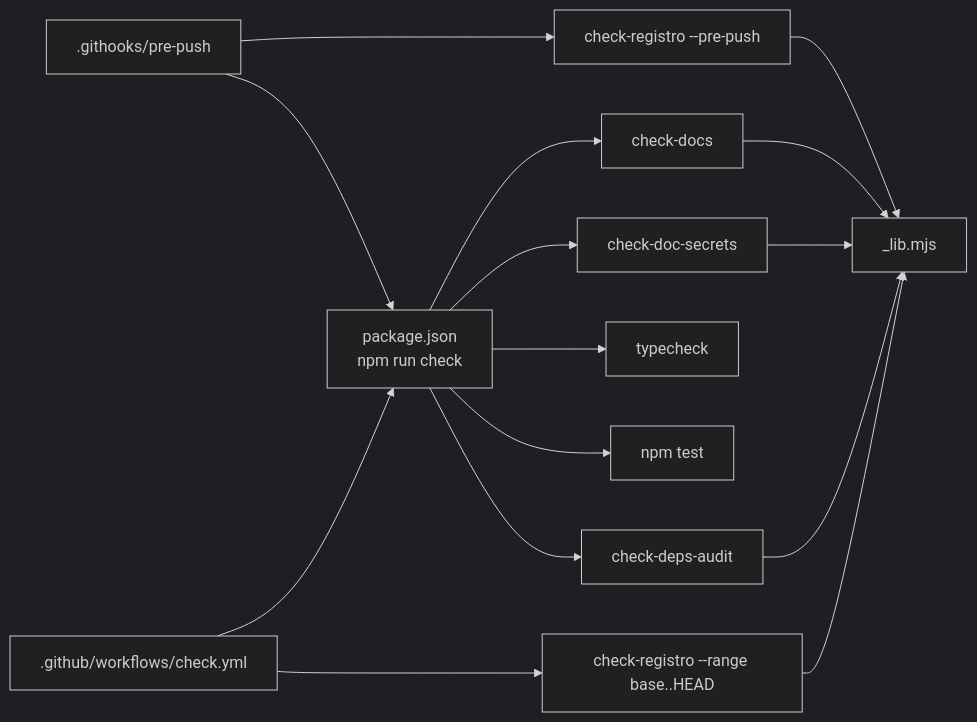
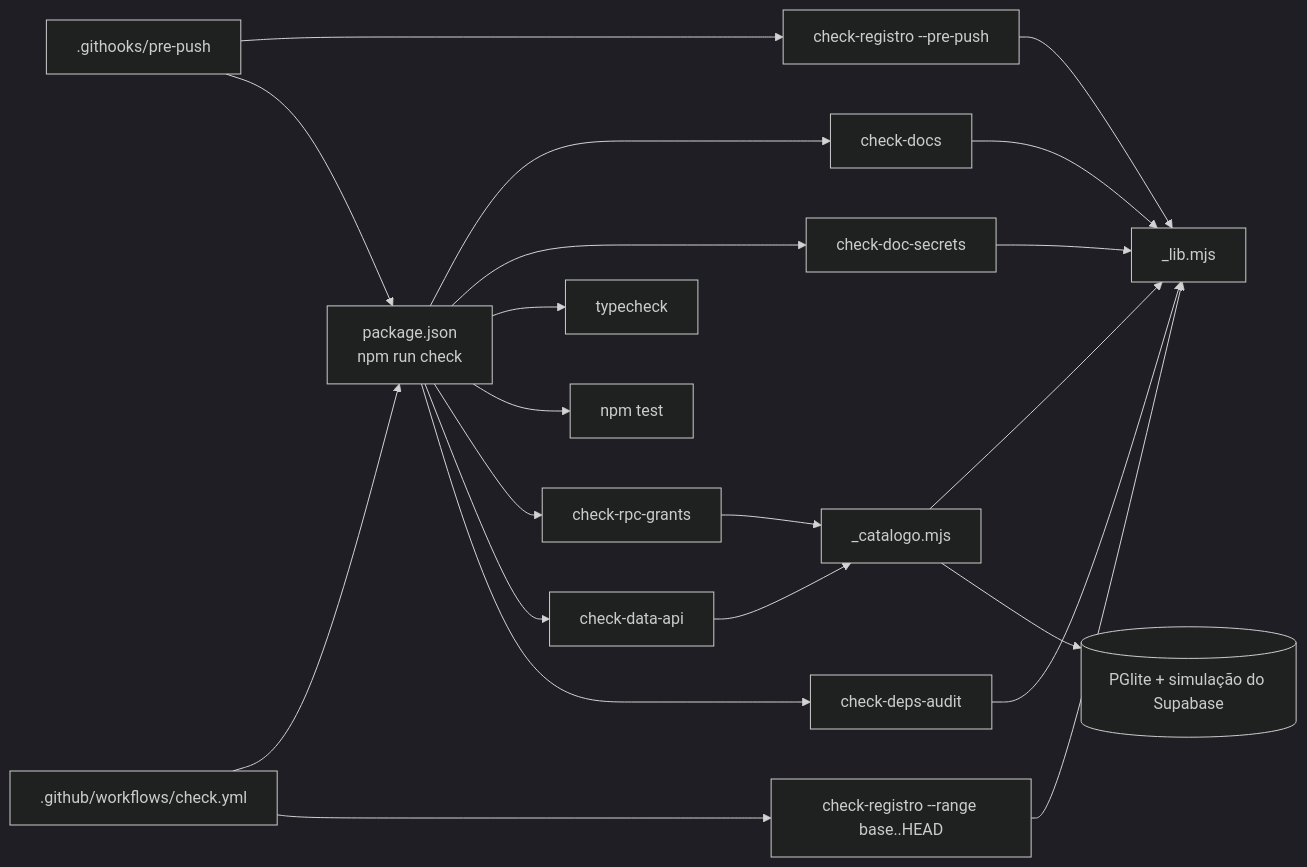
The diagram in scripts/README.md (TokumoH/RevocastCameras), drawn with Mermaid (dark theme) before and after one commit. The commit also changed other lines of this file and 14 other files, not shown here.

First line of the commit message:
feat: E0 Tarefa 4 — checagens rpc:grants-check e data-api:check (VER-011)

````diff
--- a/scripts/README.md
+++ b/scripts/README.md
@@ -61,9 +59,9 @@
 ```mermaid
 flowchart LR
-    PKG[package.json<br/>npm run check] --> CD[check-docs] & CS[check-doc-secrets] & TC[typecheck] & TS[npm test] & AU[check-deps-audit]
+    PKG[package.json<br/>npm run check] --> CD[check-docs] & CS[check-doc-secrets] & TC[typecheck] & TS[npm test] & RG[check-rpc-grants] & DA[check-data-api] & AU[check-deps-audit]
     HOOK[.githooks/pre-push] --> CR[check-registro --pre-push]
     HOOK --> PKG
     CI[.github/workflows/check.yml] --> PKG
     CI --> CR2[check-registro --range base..HEAD]
-    CD & CS & CR & CR2 & AU --> LIB[_lib.mjs]
+    CD & CS & CR & CR2 & AU --> LIB[_lib.mjs]; RG & DA --> CAT[_catalogo.mjs]; CAT --> LIB; CAT --> PG[(PGlite + simulação do Supabase)]
 ```
````
